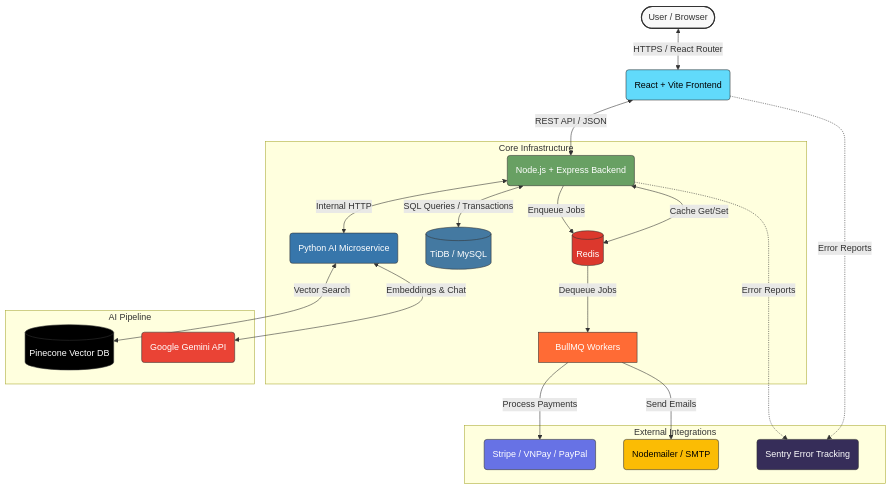
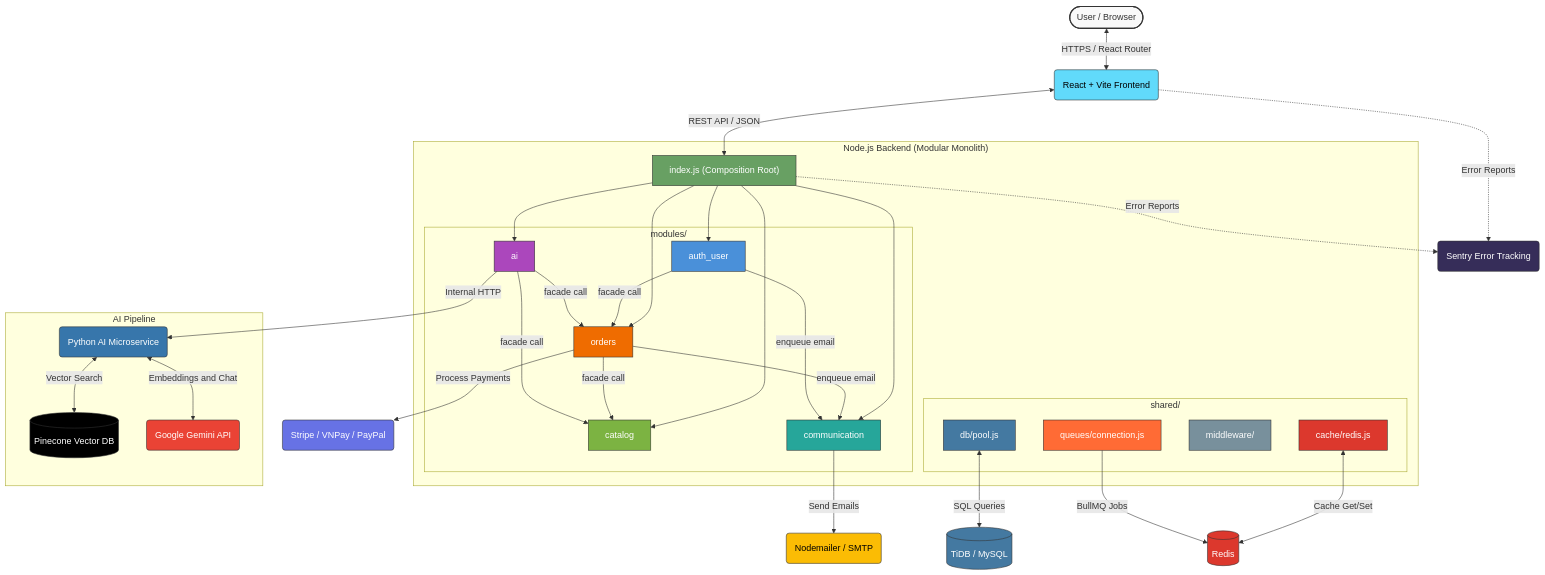
The first of 3 diagrams in README.md (dhp-exe/e-commercial-project), drawn with Mermaid before and after one commit. The commit also changed other lines of this file and 1 other file, not shown here.

Commit message:
docs: update architecture documentation to reflect modular monolith backend structure and domain modules

````diff
--- a/README.md
+++ b/README.md
@@ -95,56 +96,93 @@
 ```mermaid
 graph TD
-    %% Define Nodes
+    %% External Actors
     User([User / Browser])
+    Sentry(Sentry Error Tracking)
+
+    %% Frontend
     Frontend(React + Vite Frontend)
-    Backend(Node.js + Express Backend)
-    Redis[(Redis)]
-    TiDB[(TiDB / MySQL)]
+
+    %% External Services
+    Payments(Stripe / VNPay / PayPal)
+    EmailSMTP(Nodemailer / SMTP)
     AIService(Python AI Microservice)
     Pinecone[(Pinecone Vector DB)]
     Gemini(Google Gemini API)
-    Payments(Stripe / VNPay / PayPal)
-    Email(Nodemailer / SMTP)
-    Sentry(Sentry Error Tracking)
 
-    %% BullMQ Workers
-    Workers[BullMQ Workers]
+    %% Infrastructure
+    Redis[(Redis)]
+    TiDB[(TiDB / MySQL)]
 
     %% Define Connections
     User <-->|HTTPS / React Router| Frontend
-    Frontend <-->|REST API / JSON| Backend
+    Frontend <-->|REST API / JSON| CompositionRoot
     Frontend -.->|Error Reports| Sentry
-    
-    subgraph Core Infrastructure
-        Backend <-->|Cache Get/Set| Redis
-        Backend -->|Enqueue Jobs| Redis
-        Redis -->|Dequeue Jobs| Workers
-        Backend <-->|SQL Queries / Transactions| TiDB
-        Backend <-->|Internal HTTP| AIService
+
+    subgraph "Node.js Backend (Modular Monolith)"
+        CompositionRoot["index.js (Composition Root)"]
+
+        subgraph "shared/"
+            Pool["db/pool.js"]
+            RedisClient["cache/redis.js"]
+            MW["middleware/"]
+            QConn["queues/connection.js"]
+        end
+
+        subgraph "modules/"
+            AuthUser["auth_user"]
+            Catalog["catalog"]
+            Orders["orders"]
+            Comm["communication"]
+            AI["ai"]
+        end
+
+        CompositionRoot --> AuthUser
+        CompositionRoot --> Catalog
+        CompositionRoot --> Orders
+        CompositionRoot --> Comm
+        CompositionRoot --> AI
+
+        AuthUser -->|facade call| Orders
+        Orders -->|facade call| Catalog
+        Orders -->|enqueue email| Comm
+        AuthUser -->|enqueue email| Comm
+        AI -->|facade call| Catalog
+        AI -->|facade call| Orders
     end
 
-    subgraph AI Pipeline
-        AIService <-->|Embeddings & Chat| Gemini
+    %% Infrastructure Connections
+    Pool <-->|SQL Queries| TiDB
+    RedisClient <-->|Cache Get/Set| Redis
+    QConn -->|BullMQ Jobs| Redis
+    AI -->|Internal HTTP| AIService
+    Comm -->|Send Emails| EmailSMTP
+    Orders -->|Process Payments| Payments
+    CompositionRoot -.->|Error Reports| Sentry
+
+    subgraph "AI Pipeline"
+        AIService <-->|Embeddings and Chat| Gemini
         AIService <-->|Vector Search| Pinecone
-    end
-
-    subgraph External Integrations
-        Workers -->|Send Emails| Email
-        Workers -->|Process Payments| Payments
-        Backend -.->|Error Reports| Sentry
     end
 
     %% Styling
     style User fill:#f9f9f9,stroke:#333,stroke-width:2px
     style Frontend fill:#61dafb,stroke:#333,color:#000
-    style Backend fill:#68a063,stroke:#333,color:#fff
+    style CompositionRoot fill:#68a063,stroke:#333,color:#fff
+    style AuthUser fill:#4a90d9,stroke:#333,color:#fff
+    style Catalog fill:#7cb342,stroke:#333,color:#fff
+    style Orders fill:#ef6c00,stroke:#333,color:#fff
+    style Comm fill:#26a69a,stroke:#333,color:#fff
+    style AI fill:#ab47bc,stroke:#333,color:#fff
     style Redis fill:#dc382d,stroke:#333,color:#fff
     style TiDB fill:#4479a1,stroke:#333,color:#fff
     style AIService fill:#3776ab,stroke:#333,color:#fff
     style Pinecone fill:#000000,stroke:#333,color:#fff
     style Gemini fill:#ea4335,stroke:#333,color:#fff
     style Payments fill:#6772e5,stroke:#333,color:#fff
-    style Email fill:#fbbc04,stroke:#333,color:#000
-    style Workers fill:#ff6b35,stroke:#333,color:#fff
+    style EmailSMTP fill:#fbbc04,stroke:#333,color:#000
     style Sentry fill:#362d59,stroke:#333,color:#fff
+    style Pool fill:#4479a1,stroke:#333,color:#fff
+    style RedisClient fill:#dc382d,stroke:#333,color:#fff
+    style MW fill:#78909c,stroke:#333,color:#fff
+    style QConn fill:#ff6b35,stroke:#333,color:#fff
 ```
````
